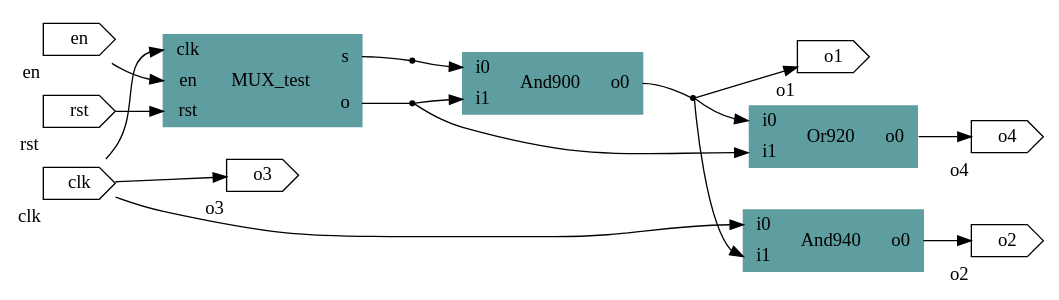
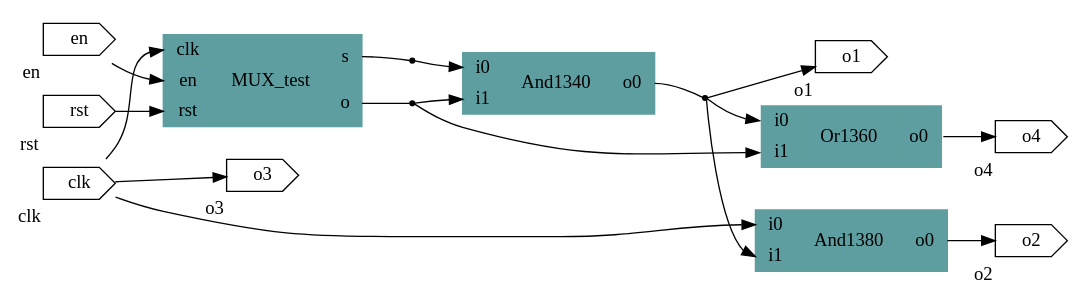
Before and after one commit to Quentin-Tual/Netenos: the diagram in test2.dot, drawn with Graphviz. The commit also changed 3 other files, not shown here.

```diff
--- a/test2.dot
+++ b/test2.dot
@@ -1,34 +1,34 @@
 # Test
 digraph test2 {
   graph [rankdir = LR];
   MUX_test[shape=record; style=filled;color=cadetblue; label="{{<clk>clk|<en>en|<rst>rst}| MUX_test |{<s>s|<o>o}}"]
-  And900[shape=record; style=filled;color=cadetblue; label="{{<i0>i0|<i1>i1}| And900 |{<o0>o0}}"]
-  Or920[shape=record; style=filled;color=cadetblue; label="{{<i0>i0|<i1>i1}| Or920 |{<o0>o0}}"]
-  And940[shape=record; style=filled;color=cadetblue; label="{{<i0>i0|<i1>i1}| And940 |{<o0>o0}}"]
+  And1340[shape=record; style=filled;color=cadetblue; label="{{<i0>i0|<i1>i1}| And1340 |{<o0>o0}}"]
+  Or1360[shape=record; style=filled;color=cadetblue; label="{{<i0>i0|<i1>i1}| Or1360 |{<o0>o0}}"]
+  And1380[shape=record; style=filled;color=cadetblue; label="{{<i0>i0|<i1>i1}| And1380 |{<o0>o0}}"]
   clk[shape=cds,xlabel="clk"]
   en[shape=cds,xlabel="en"]
   rst[shape=cds,xlabel="rst"]
   o1[shape=cds,xlabel="o1"]
   o2[shape=cds,xlabel="o2"]
   o3[shape=cds,xlabel="o3"]
   o4[shape=cds,xlabel="o4"]
   clk -> MUX_test:clk;
   clk -> o3;
-  clk -> And940:i0;
+  clk -> And1380:i0;
   en -> MUX_test:en;
   rst -> MUX_test:rst;
   s0[shape=point];
   MUX_test:s -> s0[arrowhead=none]
-  s0 -> And900:i0;
+  s0 -> And1340:i0;
   s1[shape=point];
   MUX_test:o -> s1[arrowhead=none]
-  s1 -> And900:i1;
-  s1 -> Or920:i1;
+  s1 -> And1340:i1;
+  s1 -> Or1360:i1;
   s3[shape=point];
-  And900:o0 -> s3[arrowhead=none]
+  And1340:o0 -> s3[arrowhead=none]
   s3 -> o1;
-  s3 -> Or920:i0;
-  s3 -> And940:i1;
-  Or920:o0 -> o4;
-  And940:o0 -> o2;
+  s3 -> Or1360:i0;
+  s3 -> And1380:i1;
+  Or1360:o0 -> o4;
+  And1380:o0 -> o2;
 }
```
